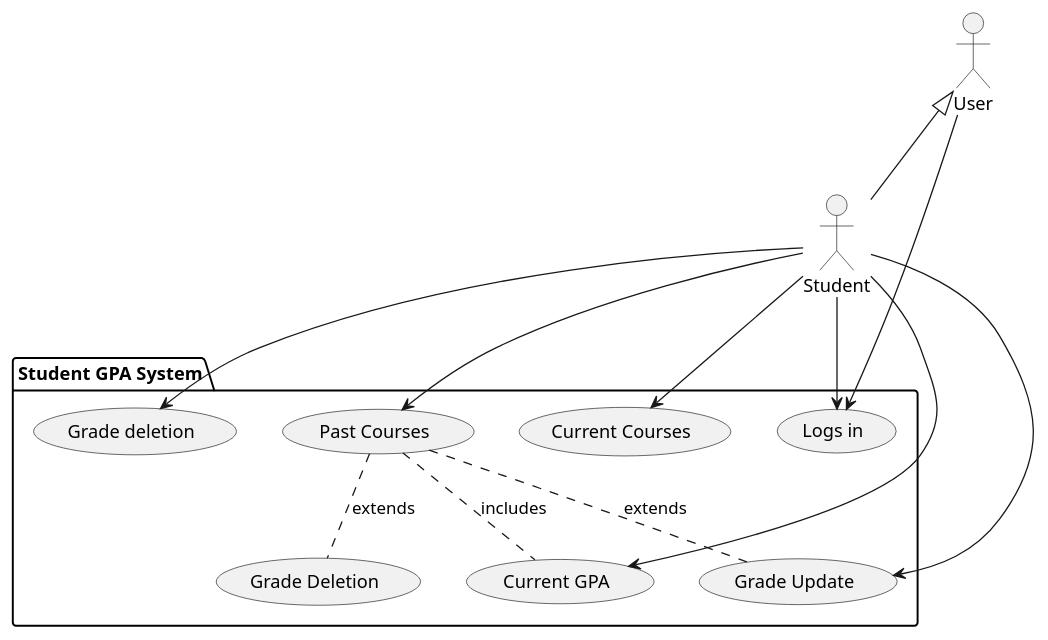
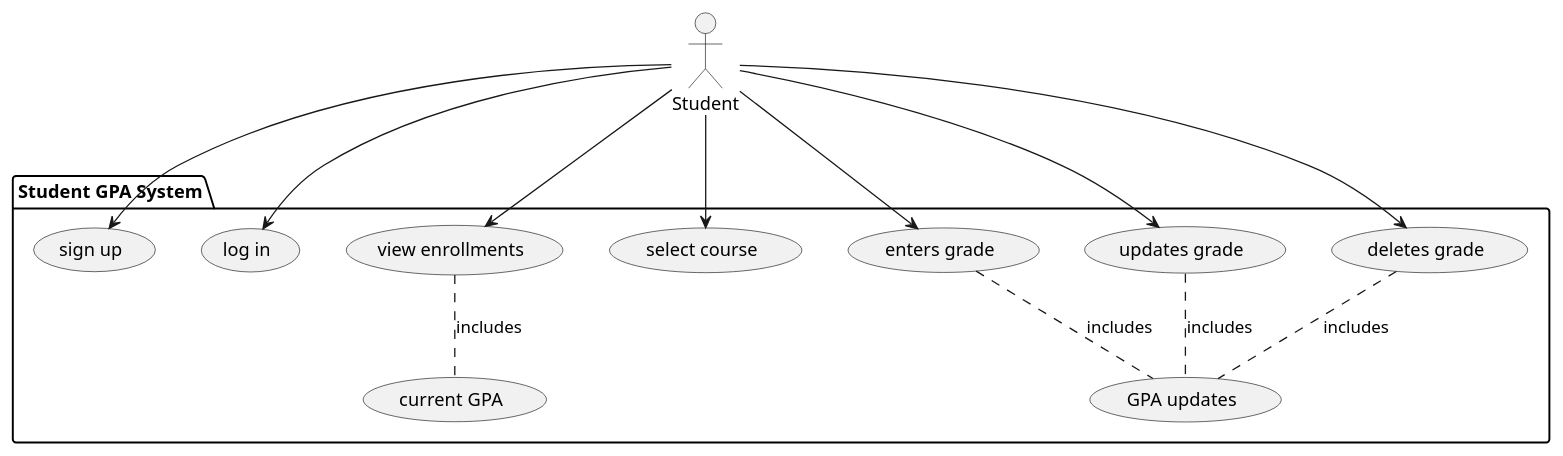
The diagram in uml/use_case.wsd (FrostyBagels/SWD_Proj1), drawn with PlantUML before and after one commit. The commit also changed 1 other file, not shown here.

```diff
--- a/uml/use_case.wsd
+++ b/uml/use_case.wsd
@@ -1,19 +1,19 @@
 @startuml use_case
 :Student:
-:User:
 
-User <|-- Student
+
 package "Student GPA System" {
-    :User: --> (Logs in)
-    :Student: --> (Logs in)
-    :Student: --> (Past Courses) 
-    (Past Courses) .. (Current GPA) : includes
-    :Student: --> (Current Courses)
-    :Student: --> (Current GPA)
-    :Student: --> (Grade Update)
-    :Student: --> (Grade deletion)
-    (Past Courses) .. (Grade Deletion) : extends
-    (Past Courses) .. (Grade Update) : extends
-
+    :Student: --> (sign up)
+    :Student: --> (log in)
+    :Student: --> (view enrollments)
+    :Student: --> (select course)
+    :Student: --> (enters grade)
+    :Student: --> (updates grade)
+    :Student: --> (deletes grade)
+    
+    (view enrollments) .. (current GPA) : includes
+    (enters grade) .. (GPA updates) : includes
+    (updates grade) .. (GPA updates) : includes
+    (deletes grade) .. (GPA updates) : includes
 }
 @enduml
```
